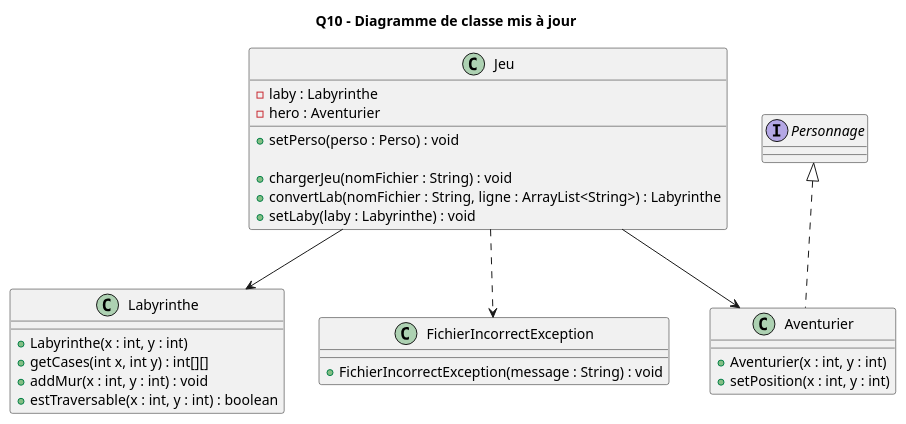
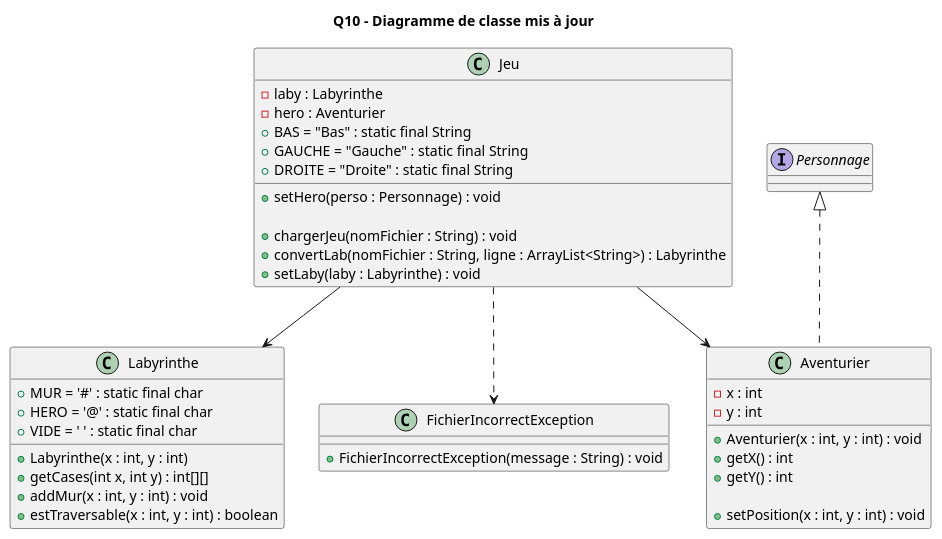
Before and after one commit to lucas-martinati-pro/SAE_S2.01_Zeldiablo-LucasM_JeanLM_PierreGSV: the diagram in projet_zeldiablo/documents/version_1/Q10 - Diagramme de Classe mise à jour.puml, drawn with PlantUML. The commit also changed 12 other files, not shown here.

```diff
--- a/projet_zeldiablo/documents/version_1/Q10 - Diagramme de Classe mise à jour.puml
+++ b/projet_zeldiablo/documents/version_1/Q10 - Diagramme de Classe mise à jour.puml
@@ -1,33 +1,49 @@
 @startuml
 title Q10 - Diagramme de classe mis à jour
 
 class Jeu {
     -laby : Labyrinthe
     -hero : Aventurier
-    +setPerso(perso : Perso) : void
+    +BAS = "Bas" : static final String
+    +GAUCHE = "Gauche" : static final String
+    +DROITE = "Droite" : static final String
+
+    +setHero(perso : Personnage) : void
 
     +chargerJeu(nomFichier : String) : void
     +convertLab(nomFichier : String, ligne : ArrayList<String>) : Labyrinthe
     +setLaby(laby : Labyrinthe) : void
 }
 
 class Labyrinthe {
+    +MUR = '#' : static final char
+    +HERO = '@' : static final char
+    +VIDE = ' ' : static final char
+
     +Labyrinthe(x : int, y : int)
     +getCases(int x, int y) : int[][]
     +addMur(x : int, y : int) : void
     +estTraversable(x : int, y : int) : boolean
 }
-interface Personnage
+interface Personnage {
+}
 class Aventurier {
-    +Aventurier(x : int, y : int)
-    +setPosition(x : int, y : int)
+    -x : int
+    -y : int
+
+    +Aventurier(x : int, y : int) : void
+    +getX() : int
+    +getY() : int
+
+    +setPosition(x : int, y : int) : void
+
 }
 class FichierIncorrectException {
     +FichierIncorrectException(message : String) : void
 }
 
 Jeu --> Labyrinthe
 Jeu --> Aventurier
 Personnage <|.. Aventurier
 Jeu ..> FichierIncorrectException
 @enduml
```
